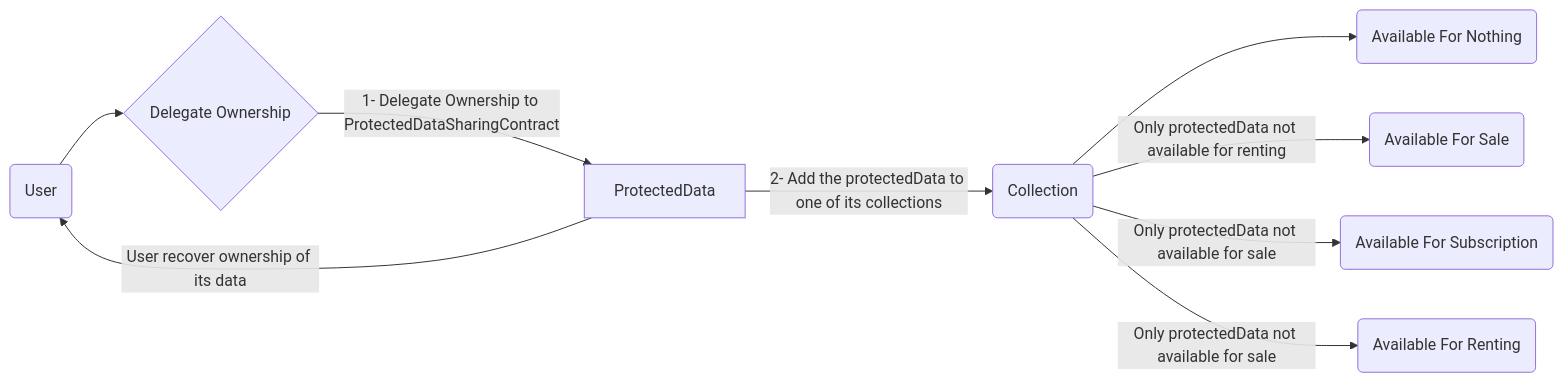
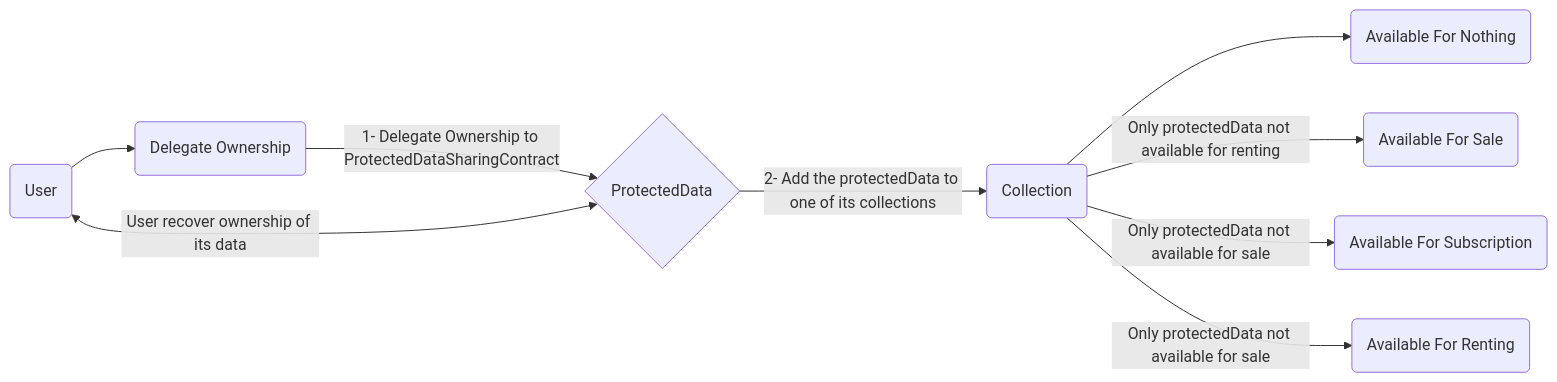
Before and after one commit to iExecBlockchainComputing/dataprotector-sdk: the diagram in packages/sharing-smart-contract/README.md, drawn with Mermaid.

Commit message:
add an arrow

`````diff
--- a/packages/sharing-smart-contract/README.md
+++ b/packages/sharing-smart-contract/README.md
@@ -19,11 +19,11 @@
 ```mermaid
 graph LR;
     User(User) --> DelegateOwnership
-    DelegateOwnership{Delegate Ownership} --> | 1- Delegate Ownership to ProtectedDataSharingContract | ProtectedData
+    DelegateOwnership(Delegate Ownership) --> | 1- Delegate Ownership to ProtectedDataSharingContract | ProtectedData{ProtectedData}
     ProtectedData --> | 2- Add the protectedData to one of its collections | Collection(Collection)
-    ProtectedData --> | User recover ownership of its data | User
+    ProtectedData <--> | User recover ownership of its data | User
     Collection --> AvailableForNothing(Available For Nothing)
     Collection --> | Only protectedData not available for renting | AvailableForSale(Available For Sale)
     Collection --> | Only protectedData not available for sale | AvailableForSubscription(Available For Subscription)
     Collection --> | Only protectedData not available for sale | AvailableForRenting(Available For Renting)
 ````
`````
